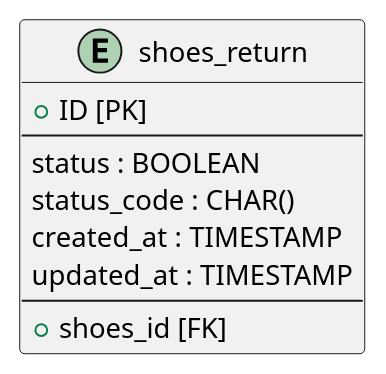
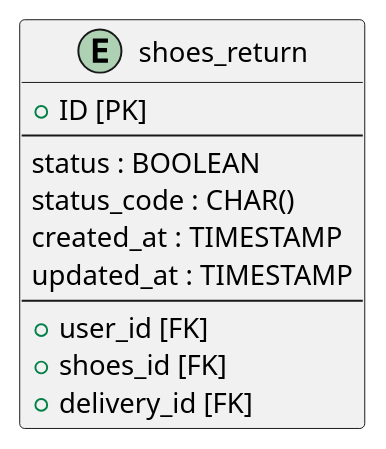
One commit to mybz-inc/sneaker changed the diagram in db/shoes_return.pu. Above: the diagram before and after it, drawn with PlantUML. The commit also changed 13 other files, not shown here.

```diff
--- a/db/shoes_return.pu
+++ b/db/shoes_return.pu
@@ -1,12 +1,14 @@
 @startuml shoes_return
 entity shoes_return {
   + ID [PK]
   --
   status : BOOLEAN
   status_code : CHAR()
   created_at : TIMESTAMP
   updated_at : TIMESTAMP
   --
+  + user_id [FK]
   + shoes_id [FK]
+  + delivery_id [FK]
 }
 @enduml
```
